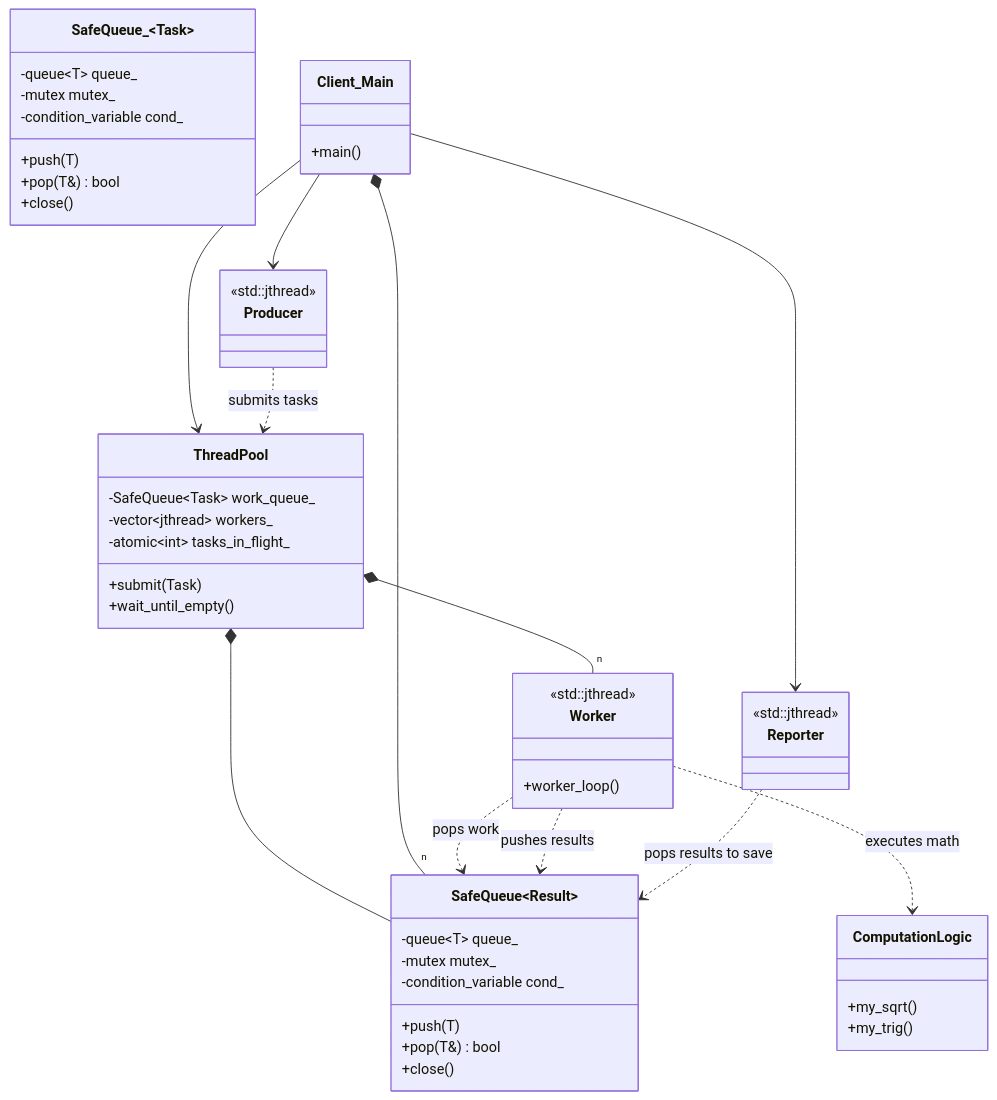
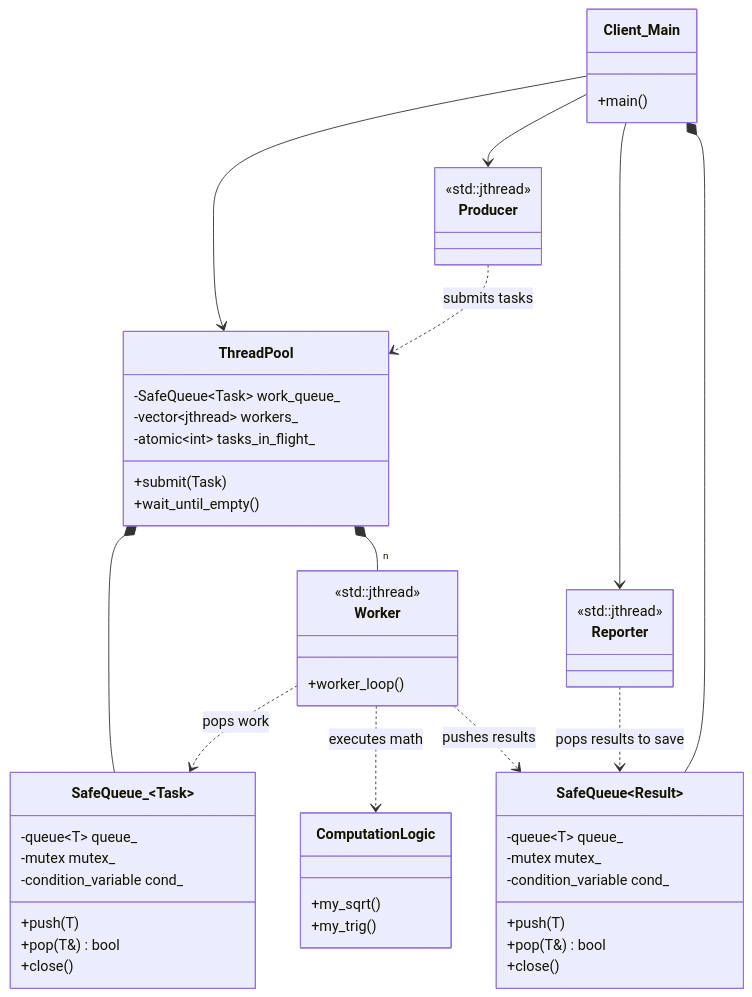
The diagram in 34_ThreadPool/README.md (MarioGalindoQ/Modern-CPP-Design-Patterns), drawn with Mermaid before and after one commit. The commit also changed 1 other file, not shown here.

Commit message:
Improve UML

````diff
--- a/34_ThreadPool/README.md
+++ b/34_ThreadPool/README.md
@@ -70,67 +70,67 @@
 ```mermaid
 classDiagram
    class SafeQueue_~Task~ {
       -queue~T~ queue_
       -mutex mutex_
       -condition_variable cond_
       +push(T)
       +pop(T&) bool
       +close()
    }
 
    class SafeQueue~Result~ {
       -queue~T~ queue_
       -mutex mutex_
       -condition_variable cond_
       +push(T)
       +pop(T&) bool
       +close()
    }
 
    class ThreadPool {
       -SafeQueue~Task~ work_queue_
       -vector~jthread~ workers_
       -atomic~int~ tasks_in_flight_
       +submit(Task)
       +wait_until_empty()
    }
 
    class Worker {
       <<std::jthread>>
       +worker_loop()
    }
 
    class Client_Main {
       +main()
    }
 
    class Producer {
       <<std::jthread>>
    }
 
    class Reporter {
       <<std::jthread>>
    }
 
    class ComputationLogic {
       +my_sqrt()
       +my_trig()
    }
 
    %% The Pool owns its internal components
-   ThreadPool *-- SafeQueue~Task~
+   ThreadPool *-- SafeQueue_~Task~
    ThreadPool *-- "n" Worker
 
    %% The Client (Main) creates the high-level infrastructure
    Client_Main --> ThreadPool
    Client_Main --> Producer
    Client_Main --> Reporter
-   Client_Main *-- "n" SafeQueue~Result~
+   Client_Main *-- SafeQueue~Result~
 
    %% Operational dependencies
    Producer ..> ThreadPool : submits tasks
-   Worker ..> SafeQueue~T~ : pops work
+   Worker ..> SafeQueue_~Task~ : pops work
    Worker ..> ComputationLogic : executes math
-   Worker ..> SafeQueue~T~ : pushes results
-   Reporter ..> SafeQueue~T~ : pops results to save
+   Worker ..> SafeQueue~Result~ : pushes results
+   Reporter ..> SafeQueue~Result~ : pops results to save
 ```
````
